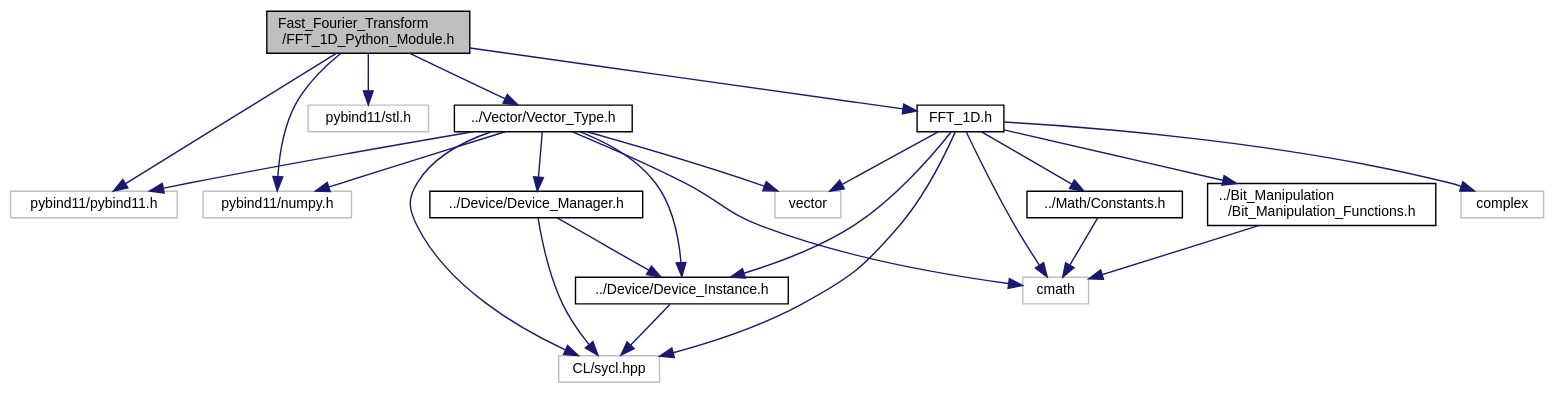
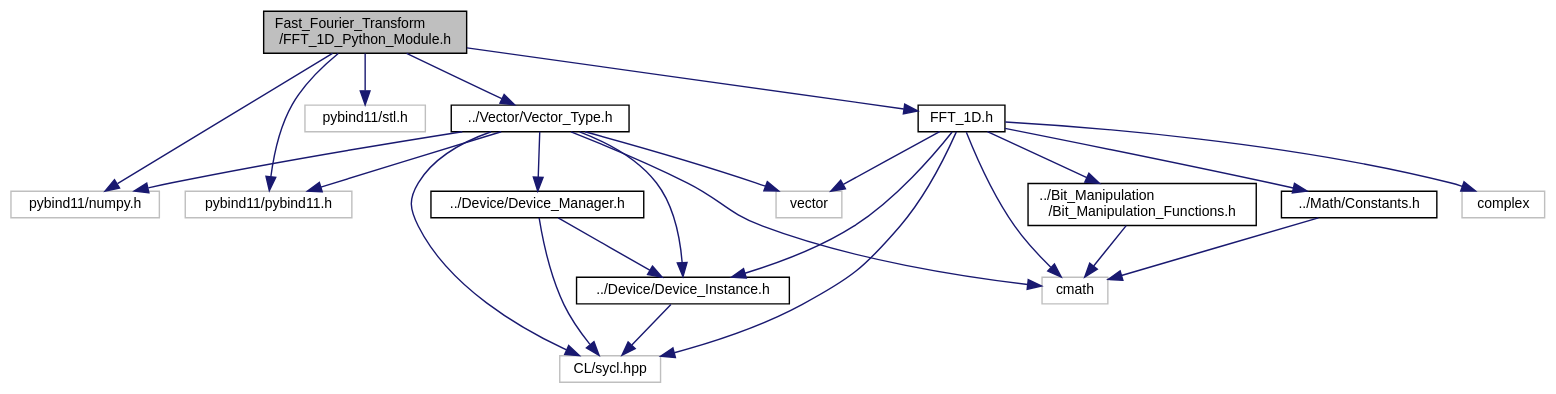
The diagram in docs/PySYCL_doxygen_html/_f_f_t__1_d___python___module_8h__incl.dot (PySYCL/PySYCL), drawn with Graphviz before and after one commit. The commit also changed 122 other files, not shown here.

```diff
--- a/docs/PySYCL_doxygen_html/_f_f_t__1_d___python___module_8h__incl.dot
+++ b/docs/PySYCL_doxygen_html/_f_f_t__1_d___python___module_8h__incl.dot
@@ -1,46 +1,46 @@
 digraph "Fast_Fourier_Transform/FFT_1D_Python_Module.h"
 {
  // INTERACTIVE_SVG=YES
  // LATEX_PDF_SIZE
   bgcolor="transparent";
   edge [fontname="Helvetica",fontsize="10",labelfontname="Helvetica",labelfontsize="10"];
   node [fontname="Helvetica",fontsize="10",shape=record];
   Node1 [label="Fast_Fourier_Transform\l/FFT_1D_Python_Module.h",height=0.2,width=0.4,color="black", fillcolor="grey75", style="filled", fontcolor="black",tooltip="Python module for a 1-dimensional fft in PySYCL."];
   Node1 -> Node2 [color="midnightblue",fontsize="10",style="solid",fontname="Helvetica"];
-  Node2 [label="pybind11/pybind11.h",height=0.2,width=0.4,color="grey75",tooltip=" "];
+  Node2 [label="pybind11/numpy.h",height=0.2,width=0.4,color="grey75",tooltip=" "];
   Node1 -> Node3 [color="midnightblue",fontsize="10",style="solid",fontname="Helvetica"];
-  Node3 [label="pybind11/numpy.h",height=0.2,width=0.4,color="grey75",tooltip=" "];
+  Node3 [label="pybind11/pybind11.h",height=0.2,width=0.4,color="grey75",tooltip=" "];
   Node1 -> Node4 [color="midnightblue",fontsize="10",style="solid",fontname="Helvetica"];
   Node4 [label="pybind11/stl.h",height=0.2,width=0.4,color="grey75",tooltip=" "];
   Node1 -> Node5 [color="midnightblue",fontsize="10",style="solid",fontname="Helvetica"];
   Node5 [label="../Vector/Vector_Type.h",height=0.2,width=0.4,color="black",URL="$_vector___type_8h.html",tooltip="Vector Type Object in PySYCL."];
   Node5 -> Node6 [color="midnightblue",fontsize="10",style="solid",fontname="Helvetica"];
   Node6 [label="CL/sycl.hpp",height=0.2,width=0.4,color="grey75",tooltip=" "];
+  Node5 -> Node2 [color="midnightblue",fontsize="10",style="solid",fontname="Helvetica"];
   Node5 -> Node3 [color="midnightblue",fontsize="10",style="solid",fontname="Helvetica"];
-  Node5 -> Node2 [color="midnightblue",fontsize="10",style="solid",fontname="Helvetica"];
   Node5 -> Node7 [color="midnightblue",fontsize="10",style="solid",fontname="Helvetica"];
   Node7 [label="cmath",height=0.2,width=0.4,color="grey75",tooltip=" "];
   Node5 -> Node8 [color="midnightblue",fontsize="10",style="solid",fontname="Helvetica"];
   Node8 [label="vector",height=0.2,width=0.4,color="grey75",tooltip=" "];
   Node5 -> Node9 [color="midnightblue",fontsize="10",style="solid",fontname="Helvetica"];
   Node9 [label="../Device/Device_Instance.h",height=0.2,width=0.4,color="black",URL="$_device___instance_8h.html",tooltip="Device instance for device selection in PySYCL."];
   Node9 -> Node6 [color="midnightblue",fontsize="10",style="solid",fontname="Helvetica"];
   Node5 -> Node10 [color="midnightblue",fontsize="10",style="solid",fontname="Helvetica"];
   Node10 [label="../Device/Device_Manager.h",height=0.2,width=0.4,color="black",URL="$_device___manager_8h.html",tooltip="Device instance for device selection in PySYCL."];
   Node10 -> Node6 [color="midnightblue",fontsize="10",style="solid",fontname="Helvetica"];
   Node10 -> Node9 [color="midnightblue",fontsize="10",style="solid",fontname="Helvetica"];
   Node1 -> Node11 [color="midnightblue",fontsize="10",style="solid",fontname="Helvetica"];
   Node11 [label="FFT_1D.h",height=0.2,width=0.4,color="black",URL="$_f_f_t__1_d_8h.html",tooltip="1-Dimensional Fast Fourier Transform."];
+  Node11 -> Node12 [color="midnightblue",fontsize="10",style="solid",fontname="Helvetica"];
+  Node12 [label="../Bit_Manipulation\l/Bit_Manipulation_Functions.h",height=0.2,width=0.4,color="black",URL="$_bit___manipulation___functions_8h.html",tooltip="Bit Manipulation Functions."];
+  Node12 -> Node7 [color="midnightblue",fontsize="10",style="solid",fontname="Helvetica"];
   Node11 -> Node9 [color="midnightblue",fontsize="10",style="solid",fontname="Helvetica"];
-  Node11 -> Node12 [color="midnightblue",fontsize="10",style="solid",fontname="Helvetica"];
-  Node12 [label="../Math/Constants.h",height=0.2,width=0.4,color="black",URL="$_constants_8h.html",tooltip="Math related constants in PySYCL."];
-  Node12 -> Node7 [color="midnightblue",fontsize="10",style="solid",fontname="Helvetica"];
   Node11 -> Node13 [color="midnightblue",fontsize="10",style="solid",fontname="Helvetica"];
-  Node13 [label="../Bit_Manipulation\l/Bit_Manipulation_Functions.h",height=0.2,width=0.4,color="black",URL="$_bit___manipulation___functions_8h.html",tooltip="Bit Manipulation Functions."];
+  Node13 [label="../Math/Constants.h",height=0.2,width=0.4,color="black",URL="$_constants_8h.html",tooltip="Math related constants in PySYCL."];
   Node13 -> Node7 [color="midnightblue",fontsize="10",style="solid",fontname="Helvetica"];
   Node11 -> Node7 [color="midnightblue",fontsize="10",style="solid",fontname="Helvetica"];
   Node11 -> Node14 [color="midnightblue",fontsize="10",style="solid",fontname="Helvetica"];
   Node14 [label="complex",height=0.2,width=0.4,color="grey75",tooltip=" "];
   Node11 -> Node8 [color="midnightblue",fontsize="10",style="solid",fontname="Helvetica"];
   Node11 -> Node6 [color="midnightblue",fontsize="10",style="solid",fontname="Helvetica"];
 }
```
